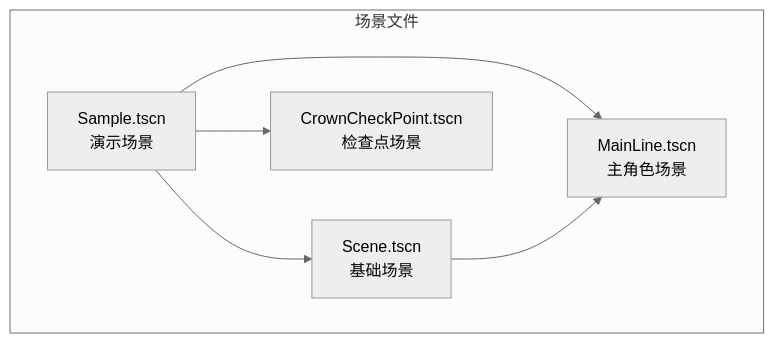
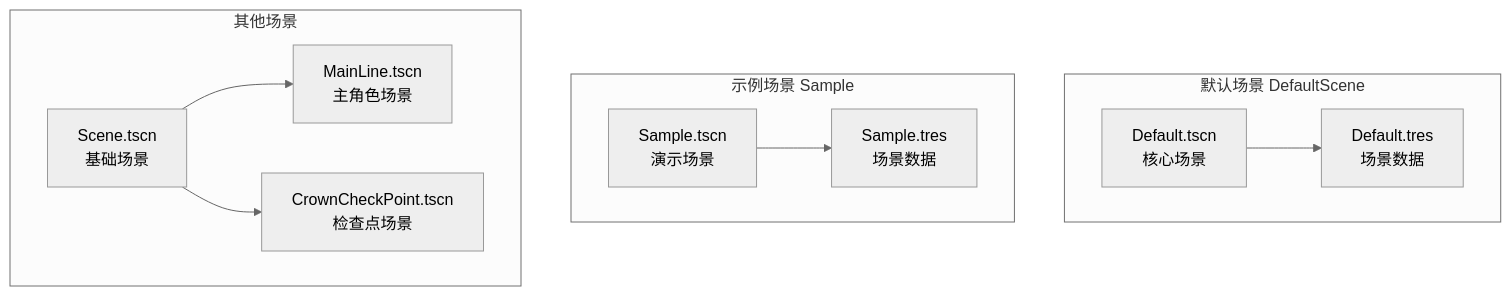
The tenth of 15 diagrams in .qoder/repowiki/zh/content/模板系统/示例场景.md (godotline/godot-line), drawn with Mermaid (neutral theme) before and after one commit. The commit also changed other lines of this file and 18 other files, not shown here.

````diff
--- a/.qoder/repowiki/zh/content/模板系统/示例场景.md
+++ b/.qoder/repowiki/zh/content/模板系统/示例场景.md
@@ -445,13 +449,20 @@
 ```mermaid
 graph TB
-subgraph "场景文件"
+subgraph "默认场景 DefaultScene"
+DT["Default.tscn<br/>核心场景"]
+DR["Default.tres<br/>场景数据"]
+end
+subgraph "示例场景 Sample"
 ST["Sample.tscn<br/>演示场景"]
+SR["Sample.tres<br/>场景数据"]
+end
+subgraph "其他场景"
 SC["Scene.tscn<br/>基础场景"]
 ML["MainLine.tscn<br/>主角色场景"]
 CC["CrownCheckPoint.tscn<br/>检查点场景"]
 end
-ST --> SC
-ST --> ML
-ST --> CC
+DT --> DR
+ST --> SR
 SC --> ML
+SC --> CC
 ```
````
